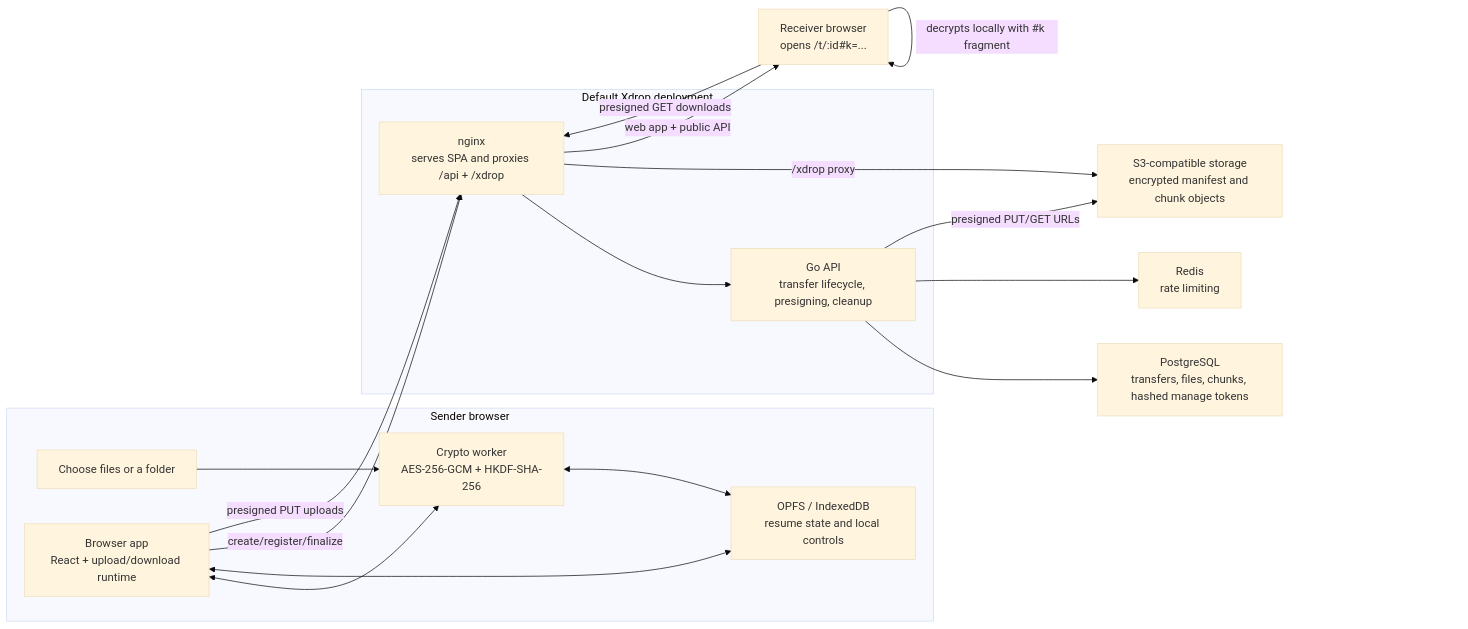
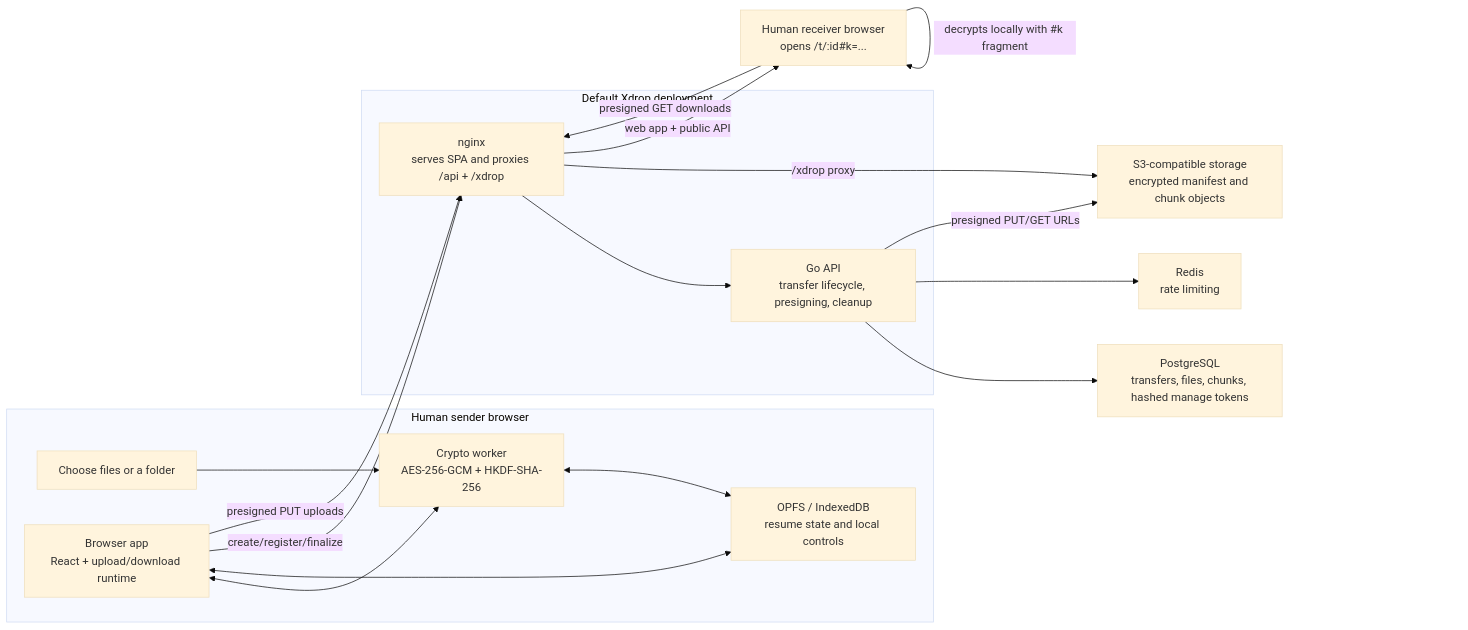
The diagram in README.md (xixu-me/xdrop), drawn with Mermaid (base theme) before and after one commit. The commit also changed other lines of this file and 17 other files, not shown here.

````diff
--- a/README.md
+++ b/README.md
@@ -123,34 +123,34 @@
 ```mermaid
 flowchart LR
-  subgraph Sender["Sender browser"]
+  subgraph Sender["Human sender browser"]
     Select["Choose files or a folder"]
     Worker["Crypto worker<br/>AES-256-GCM + HKDF-SHA-256"]
     Local["OPFS / IndexedDB<br/>resume state and local controls"]
     Browser["Browser app<br/>React + upload/download runtime"]
     Select --> Worker
     Worker <--> Local
     Browser <--> Worker
     Browser <--> Local
   end
 
   subgraph Edge["Default Xdrop deployment"]
     nginx["nginx<br/>serves SPA and proxies /api + /xdrop"]
     API["Go API<br/>transfer lifecycle, presigning, cleanup"]
     nginx --> API
   end
 
   Postgres["PostgreSQL<br/>transfers, files, chunks, hashed manage tokens"]
   Redis["Redis<br/>rate limiting"]
   Storage["S3-compatible storage<br/>encrypted manifest and chunk objects"]
-  Receiver["Receiver browser<br/>opens /t/:id#k=..."]
+  Receiver["Human receiver browser<br/>opens /t/:id#k=..."]
 
   Browser -->|create/register/finalize| nginx
   Browser -->|presigned PUT uploads| nginx
   API --> Postgres
   API --> Redis
   API -->|presigned PUT/GET URLs| Storage
   nginx -->|/xdrop proxy| Storage
   nginx -->|web app + public API| Receiver
   Receiver -->|presigned GET downloads| nginx
   Receiver -->|decrypts locally with #k fragment| Receiver
 ```
````
